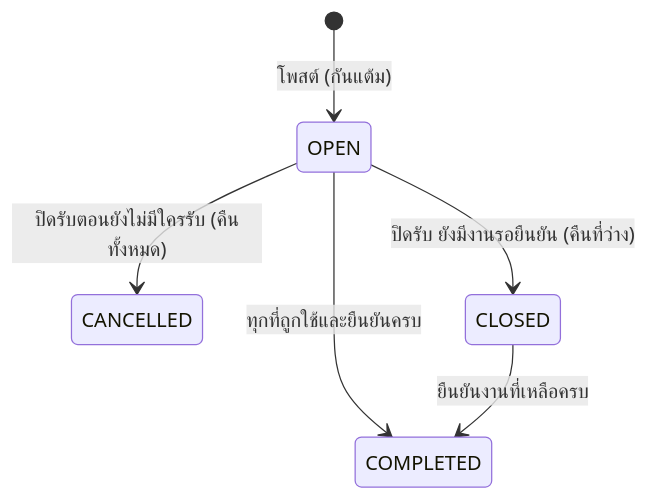
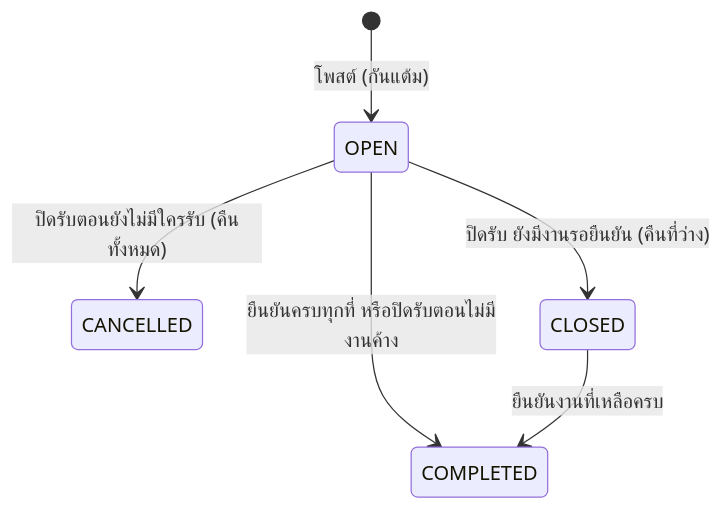
The first of 2 diagrams in docs/02-design.md (ZoFirsT/ChuayNoi), drawn with Mermaid before and after one commit. The commit also changed other lines of this file and 44 other files, not shown here.

````diff
--- a/docs/02-design.md
+++ b/docs/02-design.md
@@ -176,8 +189,8 @@
 ```mermaid
 stateDiagram-v2
     [*] --> OPEN : โพสต์ (กันแต้ม)
     OPEN --> CANCELLED : ปิดรับตอนยังไม่มีใครรับ (คืนทั้งหมด)
     OPEN --> CLOSED : ปิดรับ ยังมีงานรอยืนยัน (คืนที่ว่าง)
-    OPEN --> COMPLETED : ทุกที่ถูกใช้และยืนยันครบ
+    OPEN --> COMPLETED : ยืนยันครบทุกที่ หรือปิดรับตอนไม่มีงานค้าง
     CLOSED --> COMPLETED : ยืนยันงานที่เหลือครบ
 ```
````
